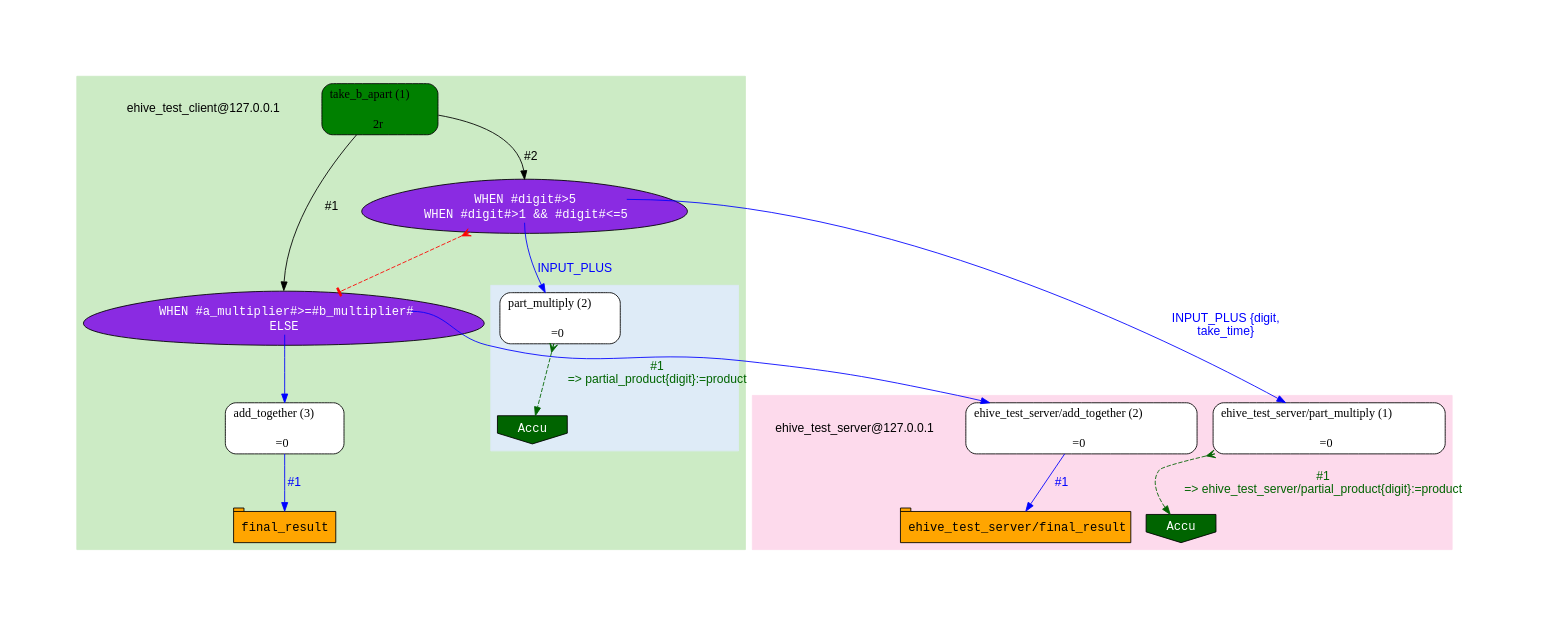
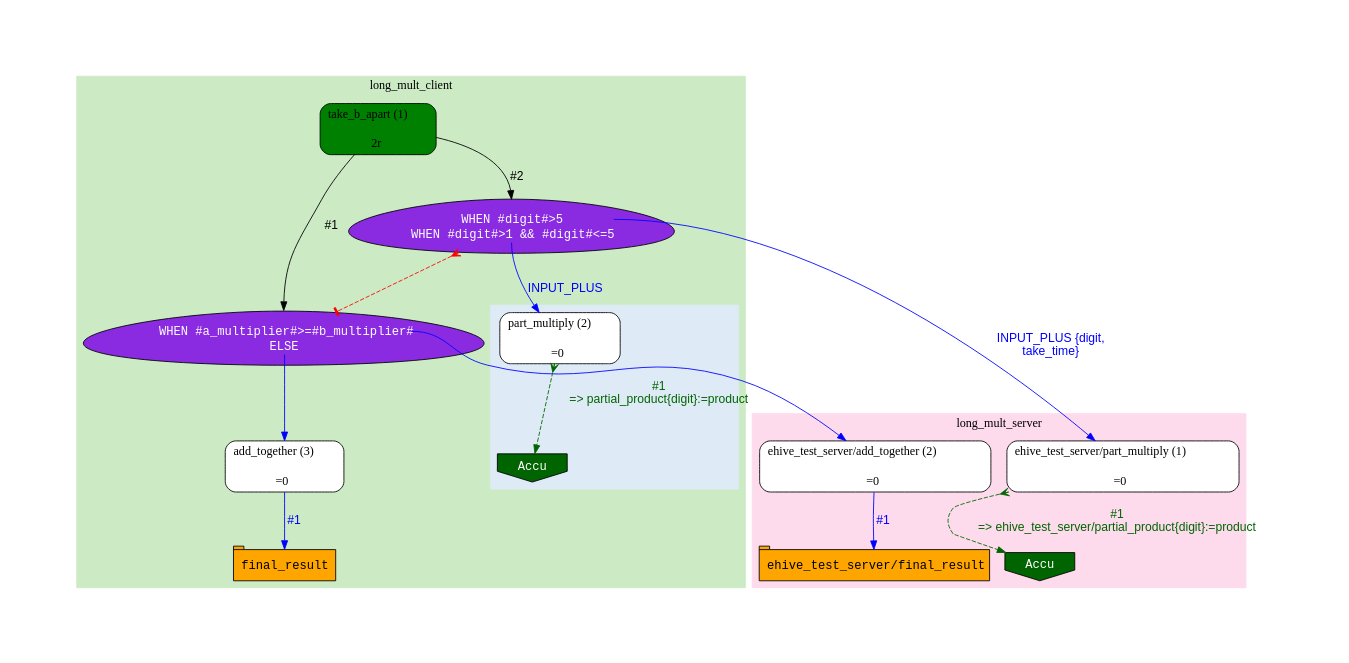
Before and after one commit to Ensembl/ensembl-hive: the diagram in t/03.scripts/generate_graph/LongMult::PipeConfig::LongMultClient_conf.stored.dot, drawn with Graphviz. The commit also changed 8 other files, not shown here.

Commit message:
Switch from using a separate pipeline_label to displaying the top-level cluster name; regenerated the test files accordingly

```diff
--- a/t/03.scripts/generate_graph/LongMult::PipeConfig::LongMultClient_conf.stored.dot
+++ b/t/03.scripts/generate_graph/LongMult::PipeConfig::LongMultClient_conf.stored.dot
@@ -1,56 +1,55 @@
 digraph test {
 	ratio="compress"; concentrate = "true"; name = "AnalysisWorkflow"; pad = "1.0";
 	analysis_take_b_apart [fillcolor="green", fontname="Times-Roman", label=<<table border="0" cellborder="0" cellspacing="0" cellpadding="1"><tr><td colspan="1">take_b_apart (1)</td></tr><tr><td colspan="1"> </td></tr><tr><td bgcolor="green" width="100%">2r</td></tr></table>>, shape="Mrecord", style="filled"];
 	dfr_1_mp [fillcolor="blueviolet", fontcolor="white", fontname="Courier", label=<<table border="0" cellborder="0" cellspacing="0" cellpadding="1">i<tr><td></td></tr><tr><td port="cond_0">WHEN #a_multiplier#&gt;=#b_multiplier#</td></tr><tr><td port="cond_1">ELSE</td></tr></table>>, shape="egg", style="filled"];
 	foreign_analysis_ehive_test_server__add_together [fillcolor="white", fontname="Times-Roman", label=<<table border="0" cellborder="0" cellspacing="0" cellpadding="1"><tr><td colspan="1">ehive_test_server/add_together (2)</td></tr><tr><td colspan="1"> </td></tr><tr><td>=0</td></tr></table>>, shape="Mrecord", style="filled"];
 	table_ehive_test_server__final_result [fillcolor="orange", fontcolor="black", fontname="Courier", label=<<table border="0" cellborder="0" cellspacing="0" cellpadding="1"><tr><td colspan="1">ehive_test_server/final_result</td></tr></table>>, shape="tab", style="filled"];
 	analysis_add_together [fillcolor="white", fontname="Times-Roman", label=<<table border="0" cellborder="0" cellspacing="0" cellpadding="1"><tr><td colspan="1">add_together (3)</td></tr><tr><td colspan="1"> </td></tr><tr><td>=0</td></tr></table>>, shape="Mrecord", style="filled"];
 	table_final_result [fillcolor="orange", fontcolor="black", fontname="Courier", label=<<table border="0" cellborder="0" cellspacing="0" cellpadding="1"><tr><td colspan="1">final_result</td></tr></table>>, shape="tab", style="filled"];
 	dfr_2_mp [fillcolor="blueviolet", fontcolor="white", fontname="Courier", label=<<table border="0" cellborder="0" cellspacing="0" cellpadding="1">i<tr><td></td></tr><tr><td port="cond_0">WHEN #digit#&gt;5</td></tr><tr><td port="cond_1">WHEN #digit#&gt;1 &amp;&amp; #digit#&lt;=5</td></tr></table>>, shape="egg", style="filled"];
 	foreign_analysis_ehive_test_server__part_multiply [fillcolor="white", fontname="Times-Roman", label=<<table border="0" cellborder="0" cellspacing="0" cellpadding="1"><tr><td colspan="1">ehive_test_server/part_multiply (1)</td></tr><tr><td colspan="1"> </td></tr><tr><td>=0</td></tr></table>>, shape="Mrecord", style="filled"];
 	sink_long_mult_server [fillcolor="darkgreen", fontcolor="white", fontname="Courier", label="Accu", shape="invhouse", style="filled"];
 	analysis_part_multiply [fillcolor="white", fontname="Times-Roman", label=<<table border="0" cellborder="0" cellspacing="0" cellpadding="1"><tr><td colspan="1">part_multiply (2)</td></tr><tr><td colspan="1"> </td></tr><tr><td>=0</td></tr></table>>, shape="Mrecord", style="filled"];
 	sink_dfr_1_mp [fillcolor="darkgreen", fontcolor="white", fontname="Courier", label="Accu", shape="invhouse", style="filled"];
-	pipelabel_long_mult_client [fontname="Helvetica", label="ehive_test_client@127.0.0.1", shape="plaintext"];
-	pipelabel_long_mult_server [fontname="Helvetica", label="ehive_test_server@127.0.0.1", shape="plaintext"];
 	analysis_add_together -> table_final_result [color="blue", fontcolor="blue", fontname="Helvetica", label="#1\n"];
 	analysis_part_multiply -> sink_dfr_1_mp [arrowtail="crow", color="darkgreen", dir="both", fontcolor="darkgreen", fontname="Helvetica", label="#1\n=> partial_product{digit}:=product", style="dashed"];
 	analysis_take_b_apart -> dfr_1_mp [arrowhead="normal", color="black", fontcolor="black", fontname="Helvetica", headport="n", label="#1"];
 	analysis_take_b_apart -> dfr_2_mp [arrowhead="normal", color="black", fontcolor="black", fontname="Helvetica", headport="n", label="#2"];
 	dfr_1_mp -> analysis_add_together [color="blue", fontcolor="blue", fontname="Helvetica", label="\n", tailport="cond_1"];
 	dfr_1_mp -> foreign_analysis_ehive_test_server__add_together [color="blue", fontcolor="blue", fontname="Helvetica", label="\n", tailport="cond_0"];
 	dfr_2_mp -> analysis_part_multiply [color="blue", fontcolor="blue", fontname="Helvetica", label="\nINPUT_PLUS ", tailport="cond_1"];
 	dfr_2_mp -> dfr_1_mp [arrowhead="tee", arrowtail="crow", color="red", dir="both", style="dashed"];
 	dfr_2_mp -> foreign_analysis_ehive_test_server__part_multiply [color="blue", fontcolor="blue", fontname="Helvetica", label="\nINPUT_PLUS {digit,\ntake_time}", tailport="cond_0"];
 	foreign_analysis_ehive_test_server__add_together -> table_ehive_test_server__final_result [color="blue", fontcolor="blue", fontname="Helvetica", label="#1\n"];
 	foreign_analysis_ehive_test_server__part_multiply -> sink_long_mult_server [arrowtail="crow", color="darkgreen", dir="both", fontcolor="darkgreen", fontname="Helvetica", label="#1\n=> ehive_test_server/partial_product{digit}:=product", style="dashed"];
 
-subgraph cluster_cl_long_mult_client {
+subgraph cluster_long_mult_client {
+	label="long_mult_client";
 	style=filled;
 	colorscheme=pastel19;
 	color=3;
-	pipelabel_long_mult_client;
 	analysis_take_b_apart;
 	dfr_1_mp;
 	subgraph cluster_cl_dfr_1_mp {
+		label="";
 		style=filled;
 		colorscheme=blues9;
 		color=2;
 		analysis_part_multiply;
 		sink_dfr_1_mp;
 	}
 	dfr_2_mp;
 	analysis_add_together;
 	table_final_result;
 }
-subgraph cluster_cl_long_mult_server {
+subgraph cluster_long_mult_server {
+	label="long_mult_server";
 	style=filled;
 	colorscheme=pastel19;
 	color=8;
-	pipelabel_long_mult_server;
 	foreign_analysis_ehive_test_server__add_together;
 	table_ehive_test_server__final_result;
 	foreign_analysis_ehive_test_server__part_multiply;
 	sink_long_mult_server;
 }
 }
```
